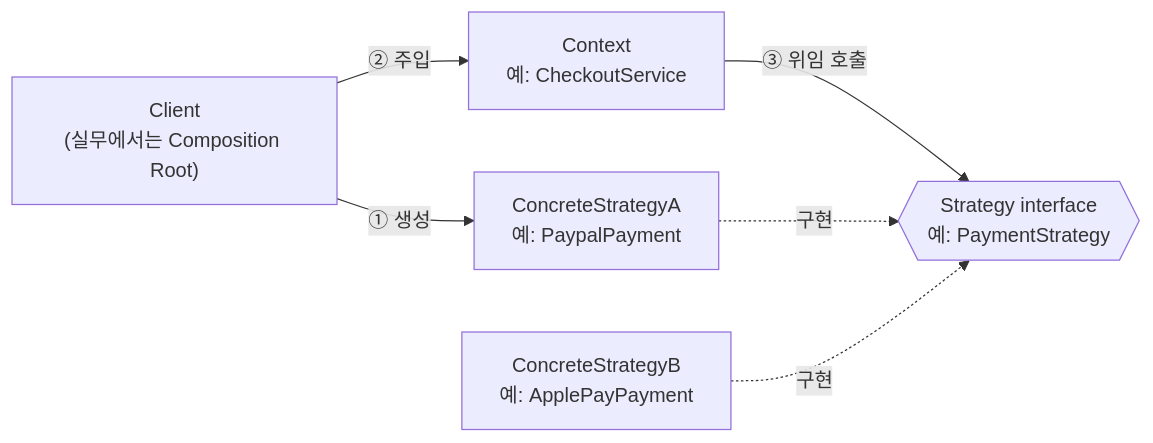
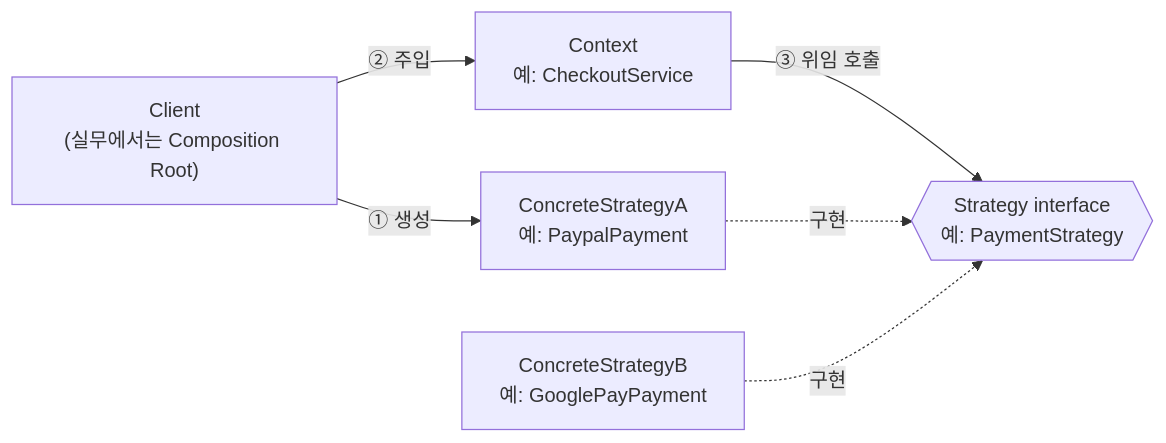
The first of 3 diagrams in 02_references/oop/design_pattern/behavioral/Strategy Pattern.md (youngmin-gwon/what-i-studied), drawn with Mermaid before and after one commit. The commit also changed other lines of this file and 5 other files, not shown here.

````diff
--- a/02_references/oop/design_pattern/behavioral/Strategy Pattern.md
+++ b/02_references/oop/design_pattern/behavioral/Strategy Pattern.md
@@ -29,14 +32,14 @@
 ```mermaid
 flowchart LR
     Client["Client<br/>(실무에서는 Composition Root)"]
     Context["Context<br/>예: CheckoutService"]
     Strategy{{"Strategy interface<br/>예: PaymentStrategy"}}
     CSA["ConcreteStrategyA<br/>예: PaypalPayment"]
-    CSB["ConcreteStrategyB<br/>예: ApplePayPayment"]
+    CSB["ConcreteStrategyB<br/>예: GooglePayPayment"]
 
     Client -- "① 생성" --> CSA
     Client -- "② 주입" --> Context
     Context -- "③ 위임 호출" --> Strategy
     CSA -. 구현 .-> Strategy
     CSB -. 구현 .-> Strategy
 ```
````
